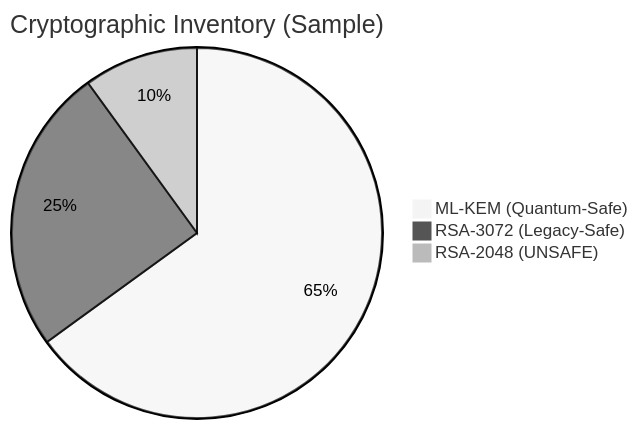
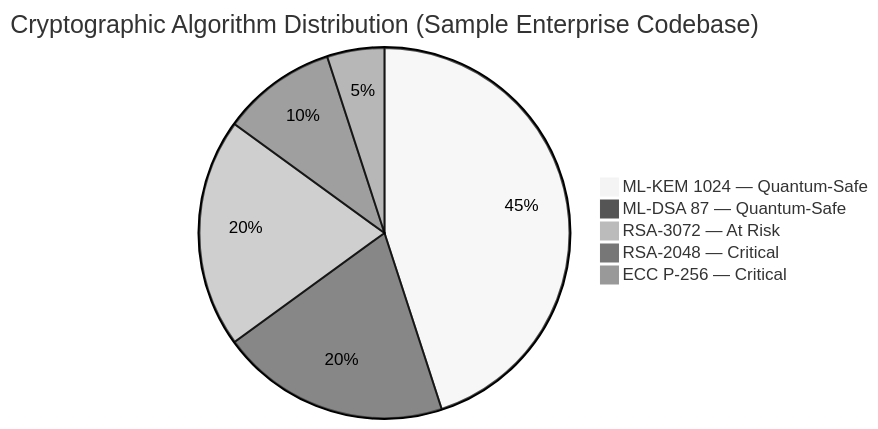
One commit to saisravan909/pqc-atlas changed the fifth of 7 diagrams in README.md. Above: the diagram before and after it, drawn with Mermaid (neutral theme). The commit also changed other lines of this file, not shown here.

````diff
--- a/README.md
+++ b/README.md
@@ -75,6 +295,8 @@
 ```mermaid
-pie title Cryptographic Inventory (Sample)
-    "ML-KEM (Quantum-Safe)" : 65
-    "RSA-3072 (Legacy-Safe)" : 25
-    "RSA-2048 (UNSAFE)" : 10
+pie title Cryptographic Algorithm Distribution (Sample Enterprise Codebase)
+    "ML-KEM 1024 — Quantum-Safe" : 45
+    "ML-DSA 87 — Quantum-Safe" : 20
+    "RSA-3072 — At Risk" : 20
+    "RSA-2048 — Critical" : 10
+    "ECC P-256 — Critical" : 5
 ```
````
